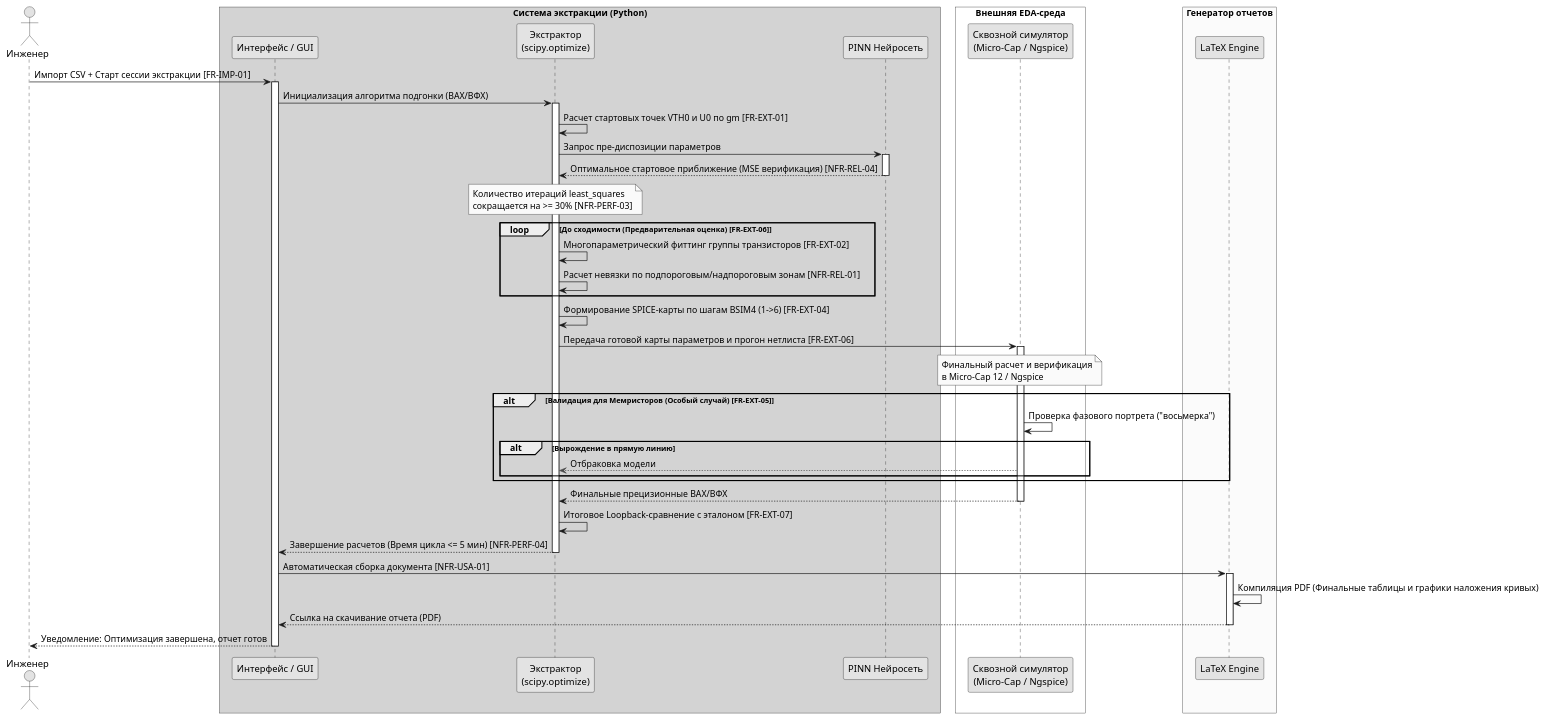
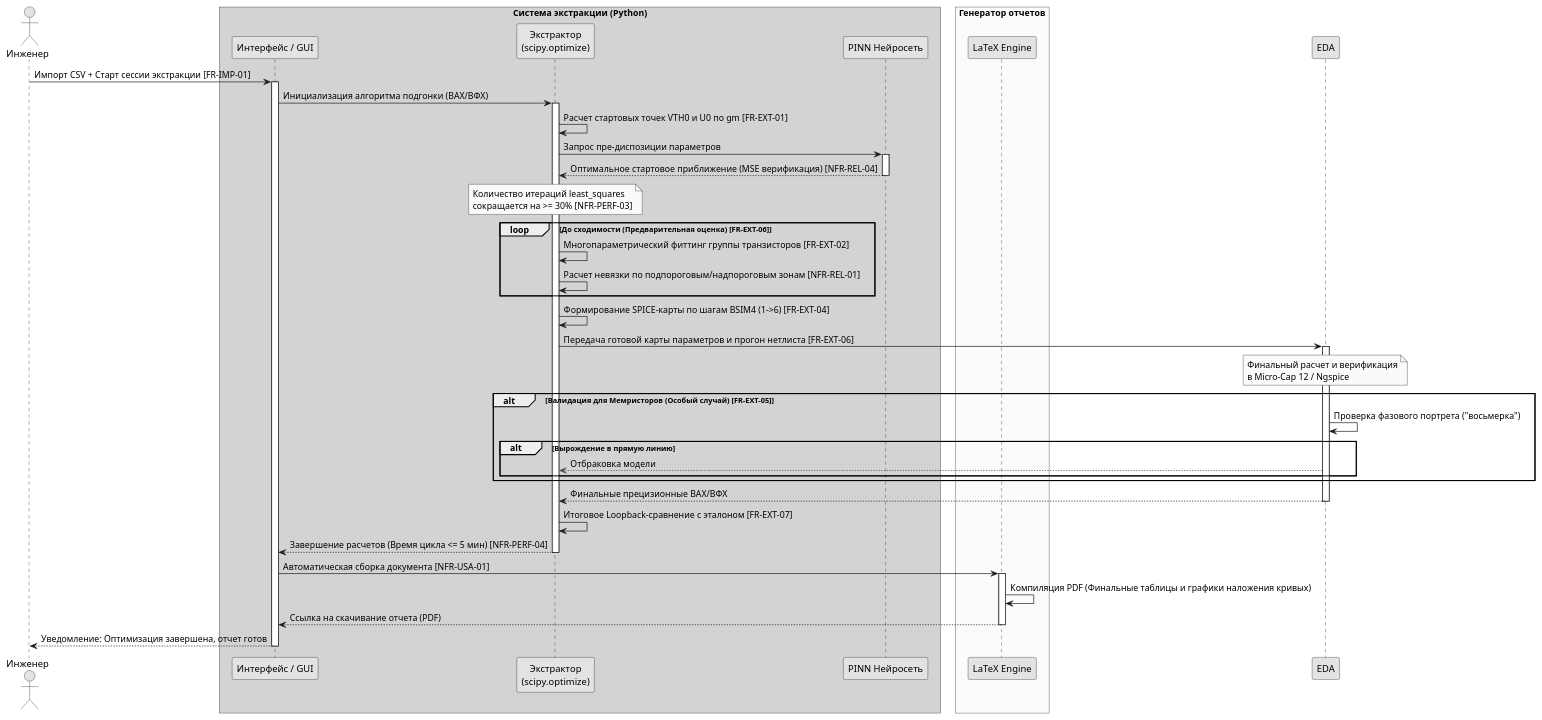
One commit to andrejstrogonov/TSPICELaboratory changed the diagram in architecture/diagrams/backend/EXTRACTION_VERIFICATION_CORE.puml. Above: the diagram before and after it, drawn with PlantUML. The commit also changed 1 other file, not shown here.

Commit message:
Started fixing diagramms

```diff
--- a/architecture/diagrams/backend/EXTRACTION_VERIFICATION_CORE.puml
+++ b/architecture/diagrams/backend/EXTRACTION_VERIFICATION_CORE.puml
@@ -1,71 +1,68 @@
 @startuml
 skinparam BoxPadding 10
 skinparam ParticipantPadding 15
 skinparam monochrome true
 skinparam shadowing false
 
 actor "Инженер" as User
 box "Система экстракции (Python)" #LightGray
     participant "Интерфейс / GUI" as GUI
     participant "Экстрактор\n(scipy.optimize)" as Extractor
     participant "PINN Нейросеть" as PINN
-end box
-box "Внешняя EDA-среда" #White
-    participant "Сквозной симулятор\n(Micro-Cap / Ngspice)" as EDA
 end box
 box "Генератор отчетов" #LightYellow
     participant "LaTeX Engine" as LaTeX
 end box
 
 User -> GUI : Импорт CSV + Старт сессии экстракции [FR-IMP-01]
 activate GUI
 GUI -> Extractor : Инициализация алгоритма подгонки (ВАХ/ВФХ)
 
 activate Extractor
 Extractor -> Extractor : Расчет стартовых точек VTH0 и U0 по gm [FR-EXT-01]
 
 ' Использование PINN для ускорения
 Extractor -> PINN : Запрос пре-диспозиции параметров
 activate PINN
 PINN --> Extractor : Оптимальное стартовое приближение (MSE верификация) [NFR-REL-04]
 deactivate PINN
 note over Extractor: Количество итераций least_squares\nсокращается на >= 30% [NFR-PERF-03]
 
 ' Двухэтапный расчет: Шаг 1
 loop До сходимости (Предварительная оценка) [FR-EXT-06]
     Extractor -> Extractor : Многопараметрический фиттинг группы транзисторов [FR-EXT-02]
     Extractor -> Extractor : Расчет невязки по подпороговым/надпороговым зонам [NFR-REL-01]
 end
 
 Extractor -> Extractor : Формирование SPICE-карты по шагам BSIM4 (1->6) [FR-EXT-04]
 
 ' Двухэтапный расчет: Шаг 2
 Extractor -> EDA : Передача готовой карты параметров и прогон нетлиста [FR-EXT-06]
 activate EDA
 note over EDA: Финальный расчет и верификация\nв Micro-Cap 12 / Ngspice
 
 alt Валидация для Мемристоров (Особый случай) [FR-EXT-05]
     EDA -> EDA : Проверка фазового портрета ("восьмерка")
     alt Вырождение в прямую линию
         EDA --[#Red]> Extractor : Отбраковка модели
     end
 end
 
 EDA --> Extractor : Финальные прецизионные ВАХ/ВФХ
 deactivate EDA
 
 Extractor -> Extractor : Итоговое Loopback-сравнение с эталоном [FR-EXT-07]
 Extractor --> GUI : Завершение расчетов (Время цикла <= 5 мин) [NFR-PERF-04]
 deactivate Extractor
 
 ' Генерация отчетов
 GUI -> LaTeX : Автоматическая сборка документа [NFR-USA-01]
 activate LaTeX
 LaTeX -> LaTeX : Компиляция PDF (Финальные таблицы и графики наложения кривых)
 LaTeX --> GUI : Ссылка на скачивание отчета (PDF)
 deactivate LaTeX
 
 GUI --> User : Уведомление: Оптимизация завершена, отчет готов
 deactivate GUI
 
 @endum
```
